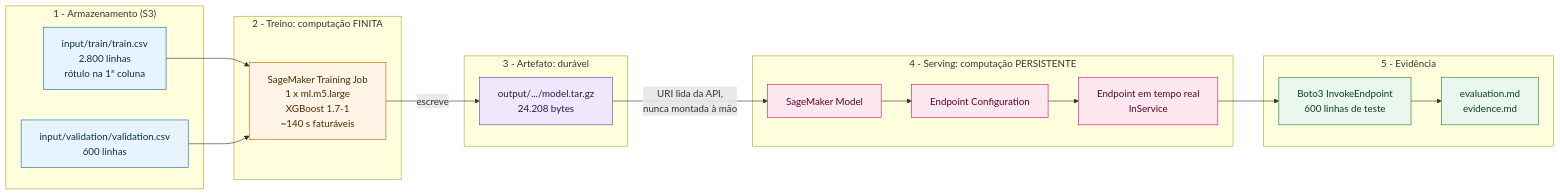
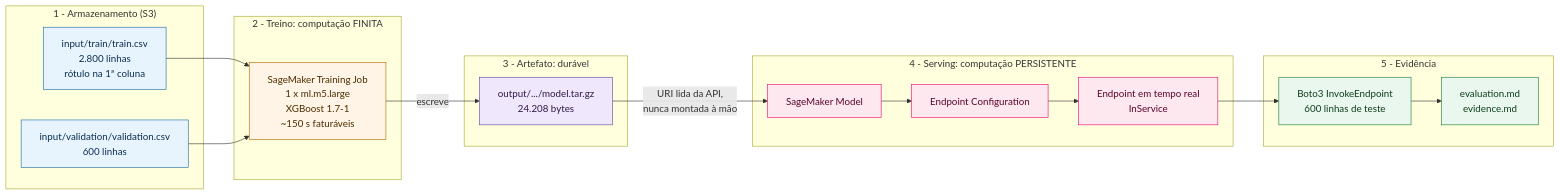
The first of 4 diagrams in 02-ml-system/README.md (vamperst/FIAP-Cloud-Based-Machine-Learning), drawn with Mermaid before and after one commit. The commit also changed other lines of this file, not shown here.

````diff
--- a/02-ml-system/README.md
+++ b/02-ml-system/README.md
@@ -90,36 +90,36 @@
 ```mermaid
 flowchart LR
   subgraph ARM["1 - Armazenamento (S3)"]
     A1["input/train/train.csv<br/>2.800 linhas<br/>rótulo na 1ª coluna"]
     A2["input/validation/validation.csv<br/>600 linhas"]
   end
   subgraph TRE["2 - Treino: computação FINITA"]
-    B1["SageMaker Training Job<br/>1 x ml.m5.large<br/>XGBoost 1.7-1<br/>~140 s faturáveis"]
+    B1["SageMaker Training Job<br/>1 x ml.m5.large<br/>XGBoost 1.7-1<br/>~150 s faturáveis"]
   end
   subgraph ART["3 - Artefato: durável"]
     C1["output/.../model.tar.gz<br/>24.208 bytes"]
   end
   subgraph SER["4 - Serving: computação PERSISTENTE"]
     D1["SageMaker Model"] --> D2["Endpoint Configuration"] --> D3["Endpoint em tempo real<br/>InService"]
   end
   subgraph EVI["5 - Evidência"]
     E1["Boto3 InvokeEndpoint<br/>600 linhas de teste"] --> E2["evaluation.md<br/>evidence.md"]
   end
 
   A1 --> B1
   A2 --> B1
   B1 -->|"escreve"| C1
   C1 -->|"URI lida da API,<br/>nunca montada à mão"| D1
   D3 --> E1
 
   classDef armazenamento fill:#E8F4FD,stroke:#1B6CA8,color:#0B2E4F
   classDef treino fill:#FFF4E5,stroke:#B26B00,color:#4A2C00
   classDef artefato fill:#EFE7FB,stroke:#6B3FA0,color:#2E1A47
   classDef serving fill:#FDE8EF,stroke:#ED0973,color:#5A0429
   classDef evidencia fill:#E9F7EF,stroke:#1E7E34,color:#0E3D19
   class A1,A2 armazenamento
   class B1 treino
   class C1 artefato
   class D1,D2,D3 serving
   class E1,E2 evidencia
 ```
````
